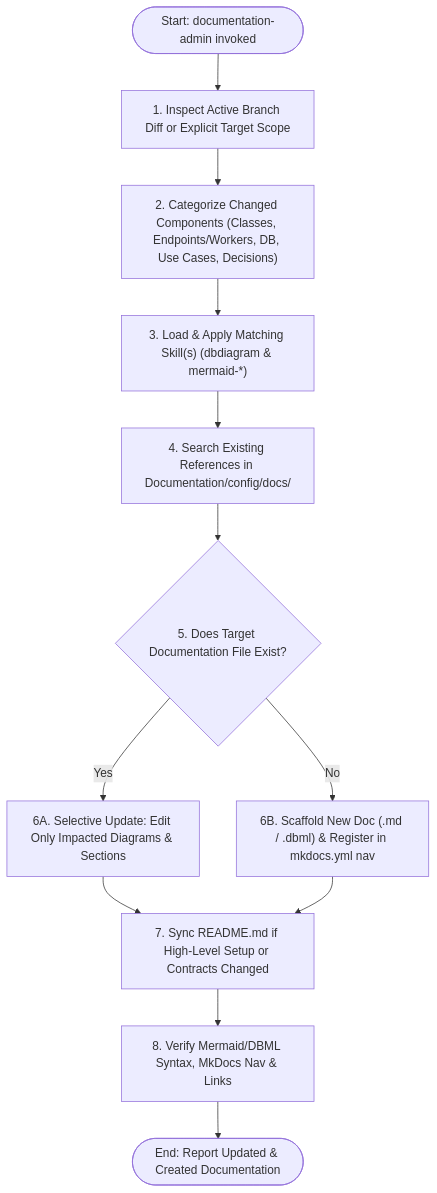
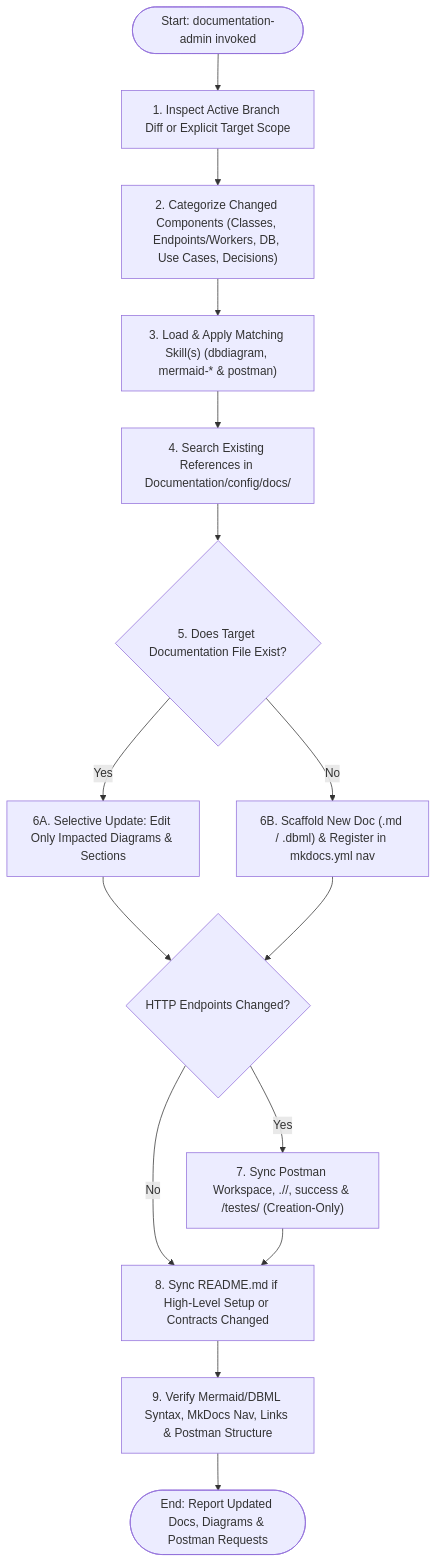
Before and after one commit to pedrovtof/Nievo-AI: the diagram in AI/GEMINI/agents/documentation-admin.md, drawn with Mermaid. The commit also changed other lines of this file and 27 other files, not shown here.

First line of the commit message:
feat(skills): add postman skill, mcp integrations, and env guardrails (#13)

````diff
--- a/AI/GEMINI/agents/documentation-admin.md
+++ b/AI/GEMINI/agents/documentation-admin.md
@@ -62,17 +67,20 @@
 ```mermaid
 flowchart TD
     start(["Start: documentation-admin invoked"]) --> inspect["1. Inspect Active Branch Diff or Explicit Target Scope"]
     inspect --> categorize["2. Categorize Changed Components (Classes, Endpoints/Workers, DB, Use Cases, Decisions)"]
-    categorize --> load_skills["3. Load & Apply Matching Skill(s) (dbdiagram & mermaid-*)"]
+    categorize --> load_skills["3. Load & Apply Matching Skill(s) (dbdiagram, mermaid-* & postman)"]
     load_skills --> search_docs["4. Search Existing References in Documentation/config/docs/"]
     search_docs --> doc_exists{"5. Does Target Documentation File Exist?"}
 
     doc_exists -- "Yes" --> selective_update["6A. Selective Update: Edit Only Impacted Diagrams & Sections"]
     doc_exists -- "No" --> scaffold_doc["6B. Scaffold New Doc (.md / .dbml) & Register in mkdocs.yml nav"]
 
-    selective_update --> sync_readme
-    scaffold_doc --> sync_readme
+    selective_update --> postman_check{"HTTP Endpoints Changed?"}
+    scaffold_doc --> postman_check
+    postman_check -- "Yes" --> postman_sync["7. Sync Postman Workspace, ./<Module>/<route>, success & /testes/ (Creation-Only)"]
+    postman_check -- "No" --> sync_readme
+    postman_sync --> sync_readme
 
-    sync_readme["7. Sync README.md if High-Level Setup or Contracts Changed"] --> verify["8. Verify Mermaid/DBML Syntax, MkDocs Nav & Links"]
-    verify --> finish(["End: Report Updated & Created Documentation"])
+    sync_readme["8. Sync README.md if High-Level Setup or Contracts Changed"] --> verify["9. Verify Mermaid/DBML Syntax, MkDocs Nav, Links & Postman Structure"]
+    verify --> finish(["End: Report Updated Docs, Diagrams & Postman Requests"])
 ```
````
